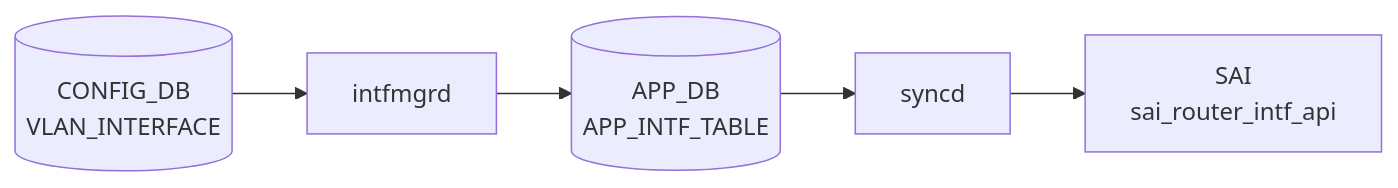
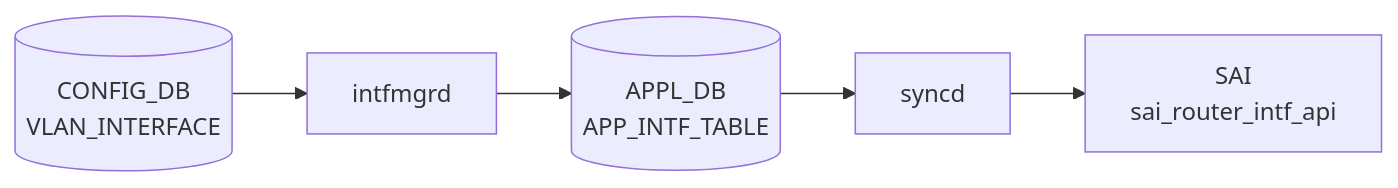
Before and after one commit to aoki-taquan/sonic-unofficial-docs: the diagram in docs/reference/config-db/vlan-interface.md, drawn with Mermaid. The commit also changed 91 other files, not shown here.

First line of the commit message:
fix(review-067): APP_DB→APPL_DB in mermaid labels; exclude APPL_DB pages from auto-gen

````diff
--- a/docs/reference/config-db/vlan-interface.md
+++ b/docs/reference/config-db/vlan-interface.md
@@ -32,12 +32,12 @@
 ```mermaid
 flowchart LR
   CDB[("CONFIG_DB<br/>VLAN_INTERFACE")]
   DM["intfmgrd"]
   CDB --> DM
-  APPDB[("APP_DB<br/>APP_INTF_TABLE")]
+  APPDB[("APPL_DB<br/>APP_INTF_TABLE")]
   DM --> APPDB
   SYNCD["syncd"]
   APPDB --> SYNCD
   SAI["SAI<br/>sai_router_intf_api"]
   SYNCD --> SAI
 ```
````
